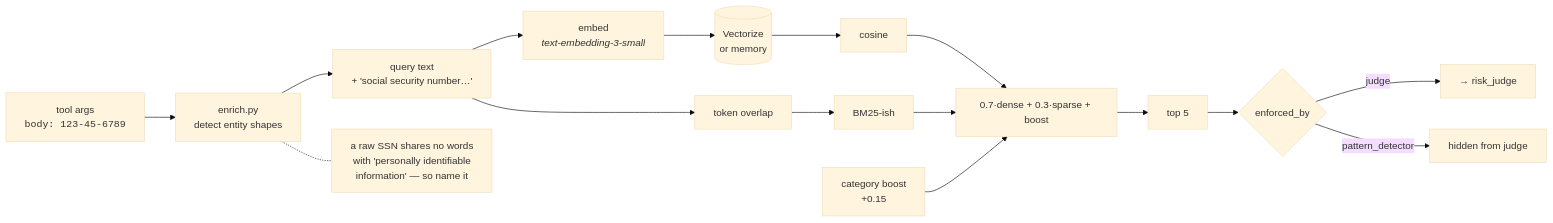
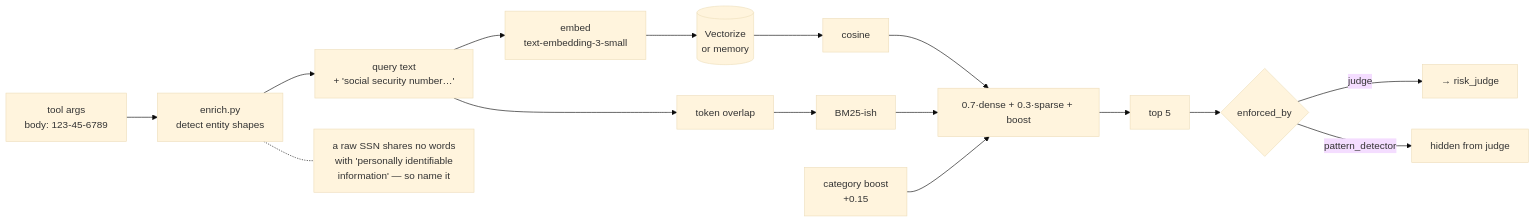
The fourth of 9 diagrams in packages/engine/ARCHITECTURE.md (japneet250/Agent-Gate), drawn with Mermaid (base theme) before and after one commit. The commit also changed other lines of this file and 3 other files, not shown here.

````diff
--- a/packages/engine/ARCHITECTURE.md
+++ b/packages/engine/ARCHITECTURE.md
@@ -142,23 +142,23 @@
 ```mermaid
 flowchart LR
-    ACT["tool args<br/><code>body: 123-45-6789</code>"] --> EN
+    ACT["tool args<br/>body: 123-45-6789"] --> EN
 
     EN["enrich.py<br/>detect entity shapes"] --> Q
     EN -.- NOTE["a raw SSN shares no words<br/>with 'personally identifiable<br/>information' — so name it"]
 
     Q["query text<br/>+ 'social security number…'"] --> EMB
     Q --> KW
 
-    EMB["embed<br/><i>text-embedding-3-small</i>"] --> VS
+    EMB["embed<br/>text-embedding-3-small"] --> VS
     VS[("Vectorize<br/>or memory")] --> DENSE["cosine"]
     KW["token overlap"] --> SPARSE["BM25-ish"]
 
     DENSE --> BLEND
     SPARSE --> BLEND
     CAT["category boost<br/>+0.15"] --> BLEND
 
     BLEND["0.7·dense + 0.3·sparse + boost"] --> TOP["top 5"]
     TOP --> FILTER{"enforced_by"}
     FILTER -->|judge| TOJ["→ risk_judge"]
     FILTER -->|pattern_detector| HIDE["hidden from judge"]
 ```
````
